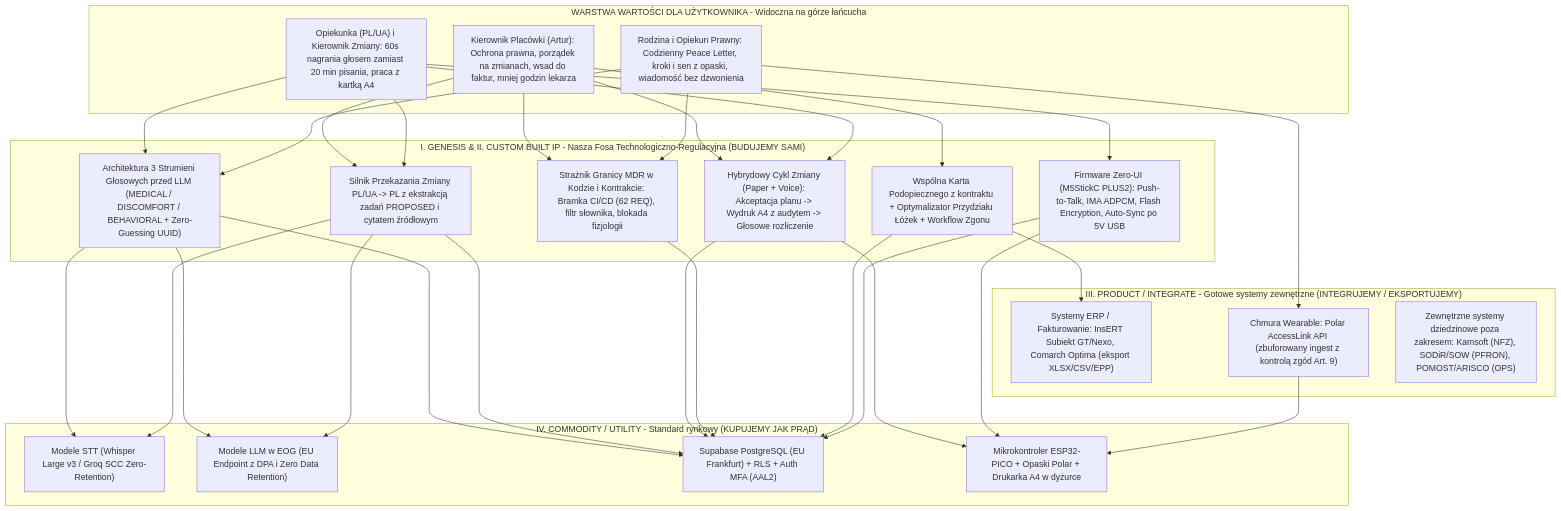
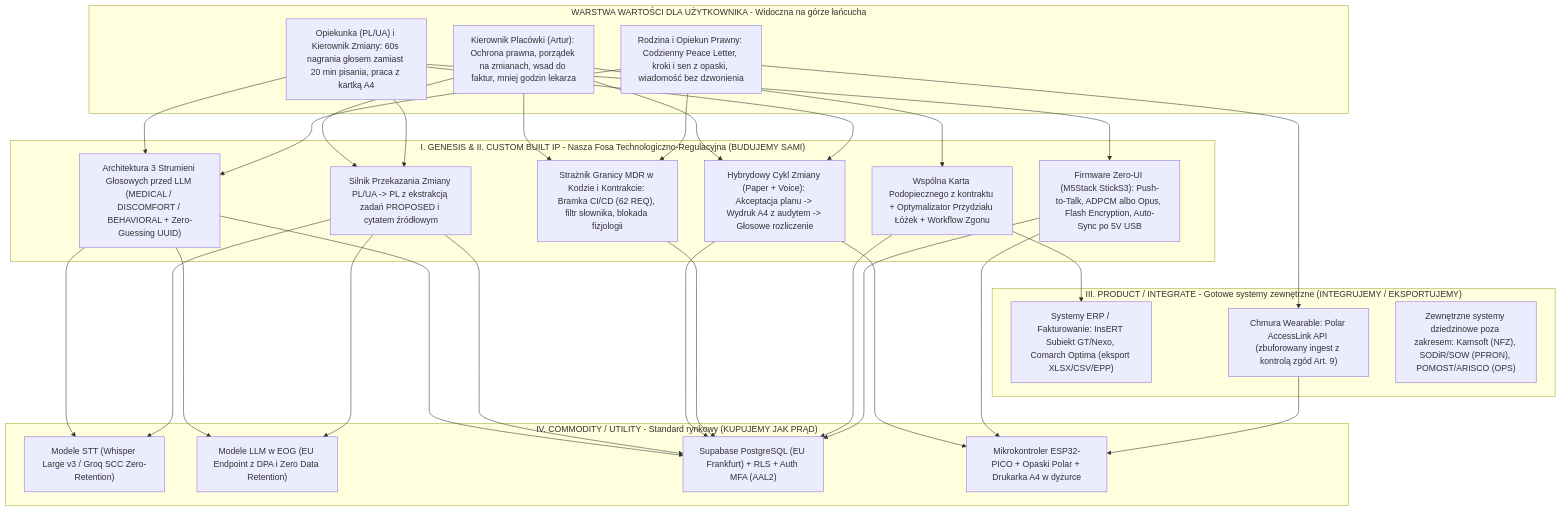
The fourth of 5 diagrams in docs/Product_discovery/00_STRATEGIA_I_MAPOWANIE_KONKURENCJI.md (aiprojectmanagersznurowski-afk/silver_care), drawn with Mermaid before and after one commit. The commit also changed other lines of this file and 2 other files, not shown here.

First line of the commit message:
docs(voice): dyktafon Zero-UI to M5Stack StickS3 zamiast M5StickC PLUS2

````diff
--- a/docs/Product_discovery/00_STRATEGIA_I_MAPOWANIE_KONKURENCJI.md
+++ b/docs/Product_discovery/00_STRATEGIA_I_MAPOWANIE_KONKURENCJI.md
@@ -169,43 +169,43 @@
 ```mermaid
 flowchart TB
     subgraph UserValue["WARSTWA WARTOŚCI DLA UŻYTKOWNIKA - Widoczna na górze łańcucha"]
         V_Dir["Kierownik Placówki (Artur): Ochrona prawna, porządek na zmianach, wsad do faktur, mniej godzin lekarza"]
         V_Staff["Opiekunka (PL/UA) i Kierownik Zmiany: 60s nagrania głosem zamiast 20 min pisania, praca z kartką A4"]
         V_Fam["Rodzina i Opiekun Prawny: Codzienny Peace Letter, kroki i sen z opaski, wiadomość bez dzwonienia"]
     end
 
     subgraph Genesis["I. GENESIS & II. CUSTOM BUILT IP - Nasza Fosa Technologiczno-Regulacyjna (BUDUJEMY SAMI)"]
         M1["Architektura 3 Strumieni Głosowych przed LLM (MEDICAL / DISCOMFORT / BEHAVIORAL + Zero-Guessing UUID)"]
         M2["Silnik Przekazania Zmiany PL/UA -> PL z ekstrakcją zadań PROPOSED i cytatem źródłowym"]
         M3["Hybrydowy Cykl Zmiany (Paper + Voice): Akceptacja planu -> Wydruk A4 z audytem -> Głosowe rozliczenie"]
         M4["Strażnik Granicy MDR w Kodzie i Kontrakcie: Bramka CI/CD (62 REQ), filtr słownika, blokada fizjologii"]
         M5["Wspólna Karta Podopiecznego z kontraktu + Optymalizator Przydziału Łóżek + Workflow Zgonu"]
-        M6["Firmware Zero-UI (M5StickC PLUS2): Push-to-Talk, IMA ADPCM, Flash Encryption, Auto-Sync po 5V USB"]
+        M6["Firmware Zero-UI (M5Stack StickS3): Push-to-Talk, ADPCM albo Opus, Flash Encryption, Auto-Sync po 5V USB"]
     end
 
     subgraph ProductLayer["III. PRODUCT / INTEGRATE - Gotowe systemy zewnętrzne (INTEGRUJEMY / EKSPORTUJEMY)"]
         P1["Systemy ERP / Fakturowanie: InsERT Subiekt GT/Nexo, Comarch Optima (eksport XLSX/CSV/EPP)"]
         P2["Chmura Wearable: Polar AccessLink API (zbuforowany ingest z kontrolą zgód Art. 9)"]
         P3["Zewnętrzne systemy dziedzinowe poza zakresem: Kamsoft (NFZ), SODiR/SOW (PFRON), POMOST/ARISCO (OPS)"]
     end
 
     subgraph CommodityLayer["IV. COMMODITY / UTILITY - Standard rynkowy (KUPUJEMY JAK PRĄD)"]
         C_STT["Modele STT (Whisper Large v3 / Groq SCC Zero-Retention)"]
         C_LLM["Modele LLM w EOG (EU Endpoint z DPA i Zero Data Retention)"]
         C_DB["Supabase PostgreSQL (EU Frankfurt) + RLS + Auth MFA (AAL2)"]
         C_HW["Mikrokontroler ESP32-PICO + Opaski Polar + Drukarka A4 w dyżurce"]
     end
 
     V_Dir --> M2 & M3 & M4 & M5
     V_Staff --> M1 & M2 & M3 & M6
     V_Fam --> M1 & M4
 
     M1 --> C_STT & C_LLM & C_DB
     M2 --> C_STT & C_LLM & C_DB
     M3 --> C_DB & C_HW
     M4 --> C_DB
     M5 --> P1 & C_DB
     M6 --> C_HW & C_DB
     V_Fam --> P2
     P2 --> C_HW
 ```
````
